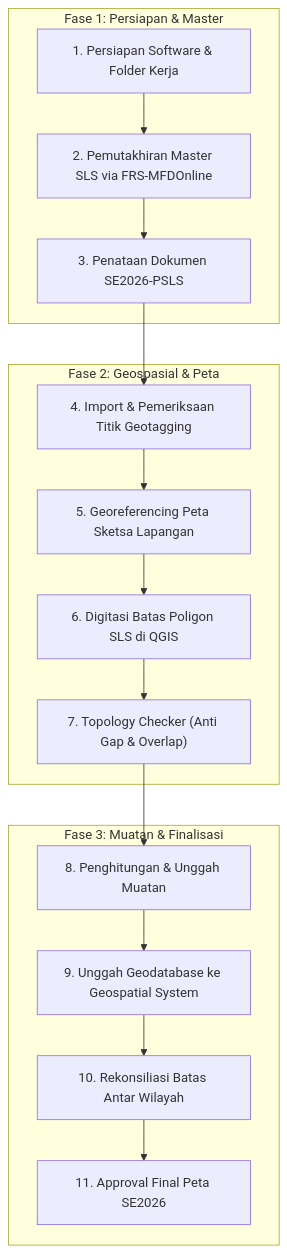
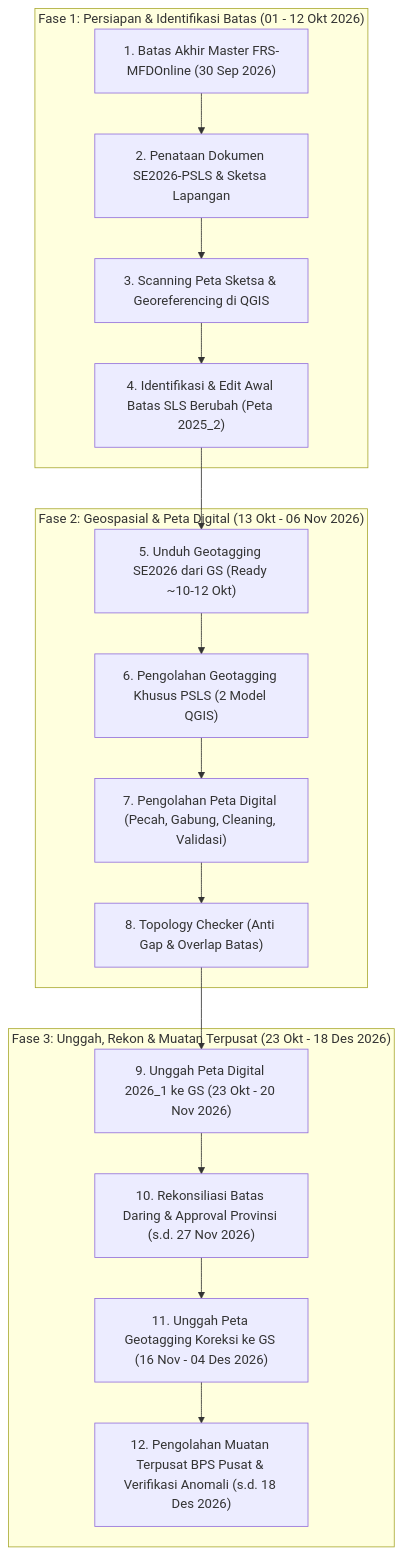
One commit to ipds6104/knowledge-base changed the diagram in kegiatan/sensus-ekonomi-2026/2026/materi-pengolahan/README.md. Above: the diagram before and after it, drawn with Mermaid. The commit also changed other lines of this file and 3 other files, not shown here.

````diff
--- a/kegiatan/sensus-ekonomi-2026/2026/materi-pengolahan/README.md
+++ b/kegiatan/sensus-ekonomi-2026/2026/materi-pengolahan/README.md
@@ -26,21 +32,22 @@
 ```mermaid
 flowchart TD
-    subgraph S1["Fase 1: Persiapan & Master"]
-        A["1. Persiapan Software & Folder Kerja"] --> B["2. Pemutakhiran Master SLS via FRS-MFDOnline"]
-        B --> C["3. Penataan Dokumen SE2026-PSLS"]
+    subgraph S1["Fase 1: Persiapan & Identifikasi Batas (01 - 12 Okt 2026)"]
+        A["1. Batas Akhir Master FRS-MFDOnline (30 Sep 2026)"] --> B["2. Penataan Dokumen SE2026-PSLS & Sketsa Lapangan"]
+        B --> C["3. Scanning Peta Sketsa & Georeferencing di QGIS"]
+        C --> D["4. Identifikasi & Edit Awal Batas SLS Berubah (Peta 2025_2)"]
     end
     
-    subgraph S2["Fase 2: Geospasial & Peta"]
-        C --> D["4. Import & Pemeriksaan Titik Geotagging"]
-        D --> E["5. Georeferencing Peta Sketsa Lapangan"]
-        E --> F["6. Digitasi Batas Poligon SLS di QGIS"]
-        F --> G["7. Topology Checker (Anti Gap & Overlap)"]
+    subgraph S2["Fase 2: Geospasial & Peta Digital (13 Okt - 06 Nov 2026)"]
+        D --> E["5. Unduh Geotagging SE2026 dari GS (Ready ~10-12 Okt)"]
+        E --> F["6. Pengolahan Geotagging Khusus PSLS (2 Model QGIS)"]
+        F --> G["7. Pengolahan Peta Digital (Pecah, Gabung, Cleaning, Validasi)"]
+        G --> H["8. Topology Checker (Anti Gap & Overlap Batas)"]
     end
     
-    subgraph S3["Fase 3: Muatan & Finalisasi"]
-        G --> H["8. Penghitungan & Unggah Muatan"]
-        H --> I["9. Unggah Geodatabase ke Geospatial System"]
-        I --> J["10. Rekonsiliasi Batas Antar Wilayah"]
-        J --> K["11. Approval Final Peta SE2026"]
+    subgraph S3["Fase 3: Unggah, Rekon & Muatan Terpusat (23 Okt - 18 Des 2026)"]
+        H --> I["9. Unggah Peta Digital 2026_1 ke GS (23 Okt - 20 Nov 2026)"]
+        I --> J["10. Rekonsiliasi Batas Daring & Approval Provinsi (s.d. 27 Nov 2026)"]
+        J --> K["11. Unggah Peta Geotagging Koreksi ke GS (16 Nov - 04 Des 2026)"]
+        K --> L["12. Pengolahan Muatan Terpusat BPS Pusat & Verifikasi Anomali (s.d. 18 Des 2026)"]
     end
 ```
````
